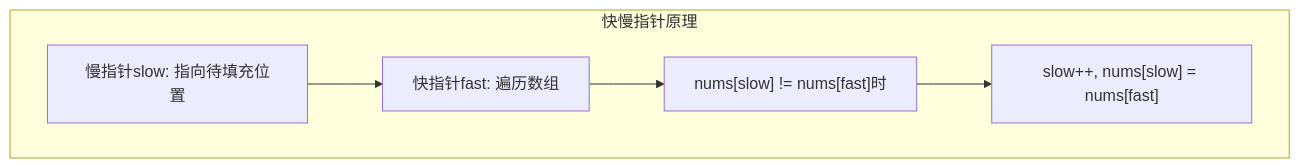
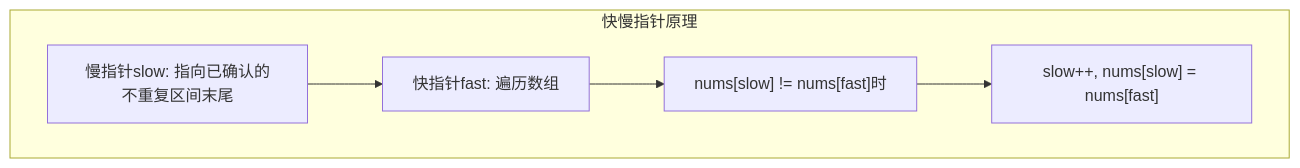
One commit to mlbo/cpp_learning changed the ninth of 13 diagrams in week_01/day_02/README.md. Above: the diagram before and after it, drawn with Mermaid. The commit also changed other lines of this file and 675 other files, not shown here.

````diff
--- a/week_01/day_02/README.md
+++ b/week_01/day_02/README.md
@@ -211,11 +384,11 @@
 ```mermaid
 flowchart TD
     subgraph "快慢指针原理"
-    A["慢指针slow: 指向待填充位置"]
+    A["慢指针slow: 指向已确认的不重复区间末尾"]
     B["快指针fast: 遍历数组"]
     C["nums[slow] != nums[fast]时"]
     D["slow++, nums[slow] = nums[fast]"]
     end
     
     A --> B --> C --> D
 ```
````
